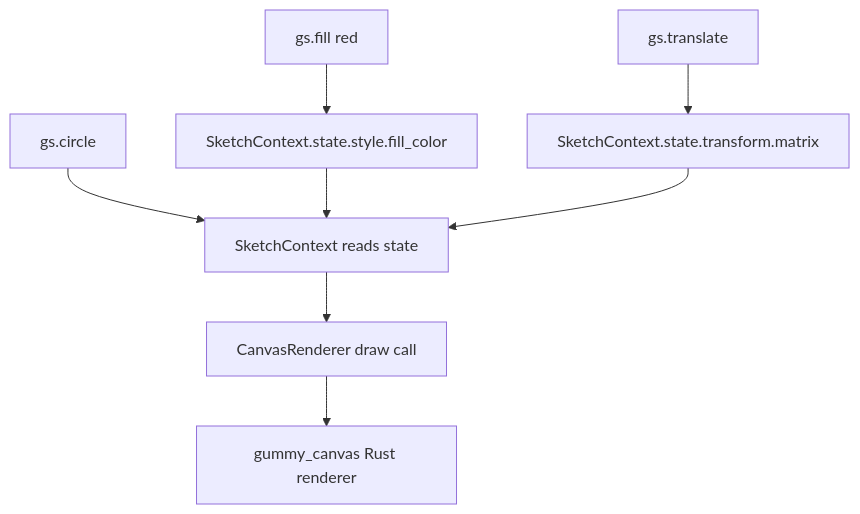
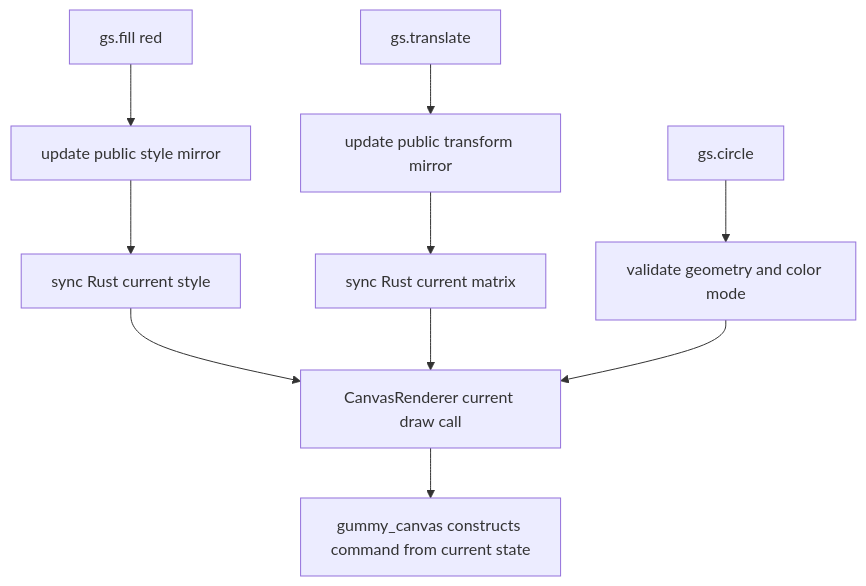
Before and after one commit to JonathanHHenson/gummy_snake: the third of 4 diagrams in docs/contribute/architecture.md, drawn with Mermaid. The commit also changed other lines of this file and 12 other files, not shown here.

Commit message:
Clarify canvas renderer ownership and WEBGL HiDPI rules

````diff
--- a/docs/contribute/architecture.md
+++ b/docs/contribute/architecture.md
@@ -150,10 +154,12 @@
 ```mermaid
 flowchart TD
-    A[gs.fill red] --> B[SketchContext.state.style.fill_color]
-    C[gs.translate] --> D[SketchContext.state.transform.matrix]
-    E[gs.circle] --> F[SketchContext reads state]
-    B --> F
-    D --> F
-    F --> G[CanvasRenderer draw call]
-    G --> H[gummy_canvas Rust renderer]
+    A[gs.fill red] --> B[update public style mirror]
+    B --> C[sync Rust current style]
+    D[gs.translate] --> E[update public transform mirror]
+    E --> F[sync Rust current matrix]
+    G[gs.circle] --> H[validate geometry and color mode]
+    C --> I[CanvasRenderer current draw call]
+    F --> I
+    H --> I
+    I --> J[gummy_canvas constructs command from current state]
 ```
````
